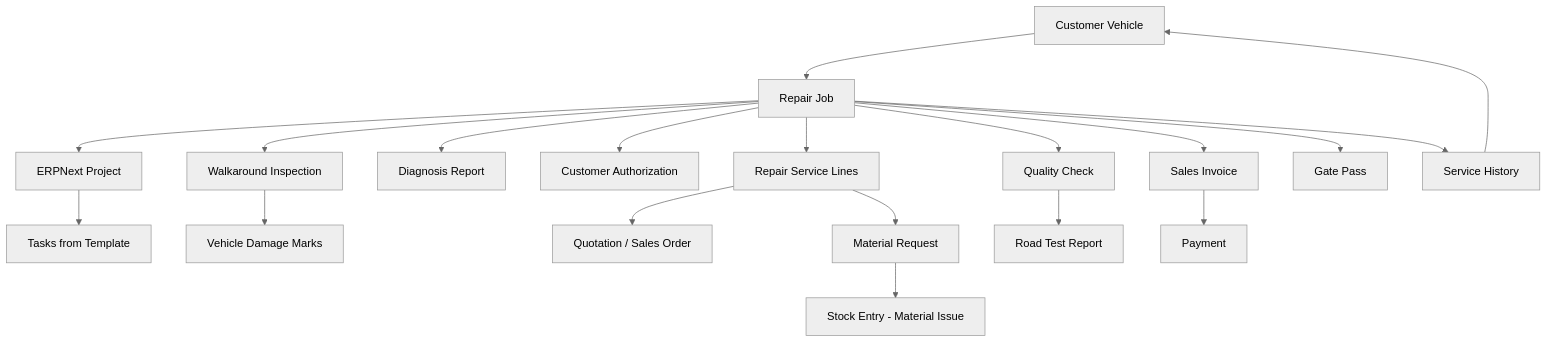
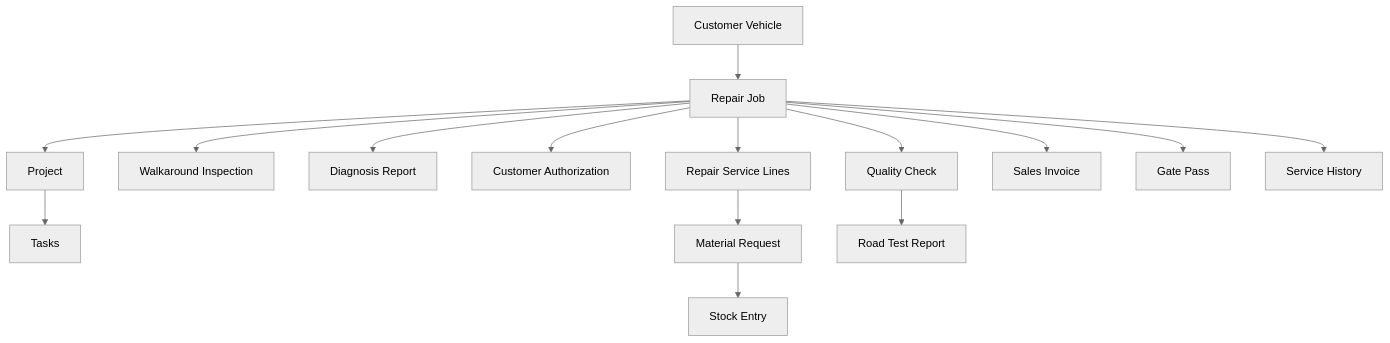
Before and after one commit to AslamKimb/auto_service_management: the diagram in docs/use-cases/real-workflows.md, drawn with Mermaid (neutral theme). The commit also changed other lines of this file and 217 other files, not shown here.

Commit message:
repair job fix

````diff
--- a/docs/use-cases/real-workflows.md
+++ b/docs/use-cases/real-workflows.md
@@ -346,21 +22,17 @@
 ```mermaid
 graph TD
-    A[Customer Vehicle] --> B[Repair Job]
-    B --> C[ERPNext Project]
-    C --> D[Tasks from Template]
-    B --> E[Walkaround Inspection]
-    E --> F[Vehicle Damage Marks]
-    B --> G[Diagnosis Report]
-    B --> H[Customer Authorization]
-    B --> I[Repair Service Lines]
-    I --> J[Quotation / Sales Order]
-    I --> K[Material Request]
-    K --> L[Stock Entry - Material Issue]
-    B --> M[Quality Check]
-    M --> N[Road Test Report]
-    B --> O[Sales Invoice]
-    O --> P[Payment]
-    B --> Q[Gate Pass]
-    B --> R[Service History]
-    R --> A
+    A["Customer Vehicle"] --> B["Repair Job"]
+    B --> C["Project"]
+    C --> D["Tasks"]
+    B --> E["Walkaround Inspection"]
+    B --> F["Diagnosis Report"]
+    B --> G["Customer Authorization"]
+    B --> H["Repair Service Lines"]
+    H --> I["Material Request"]
+    I --> J["Stock Entry"]
+    B --> K["Quality Check"]
+    K --> L["Road Test Report"]
+    B --> M["Sales Invoice"]
+    B --> N["Gate Pass"]
+    B --> O["Service History"]
 ```
````
